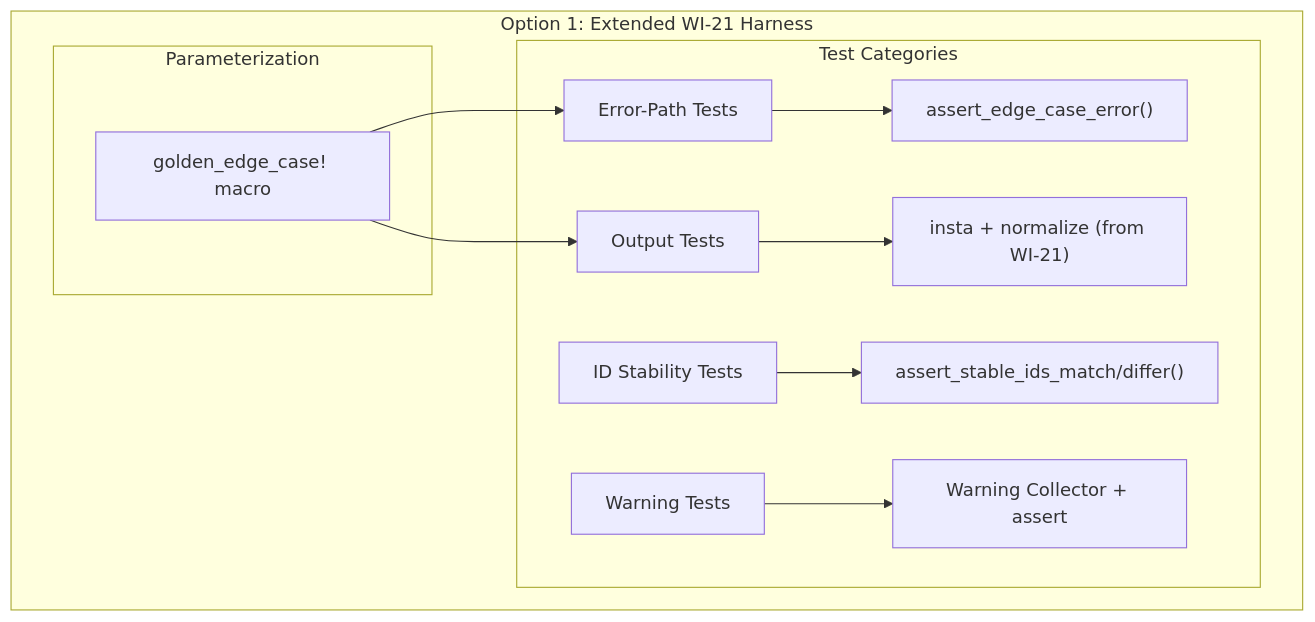
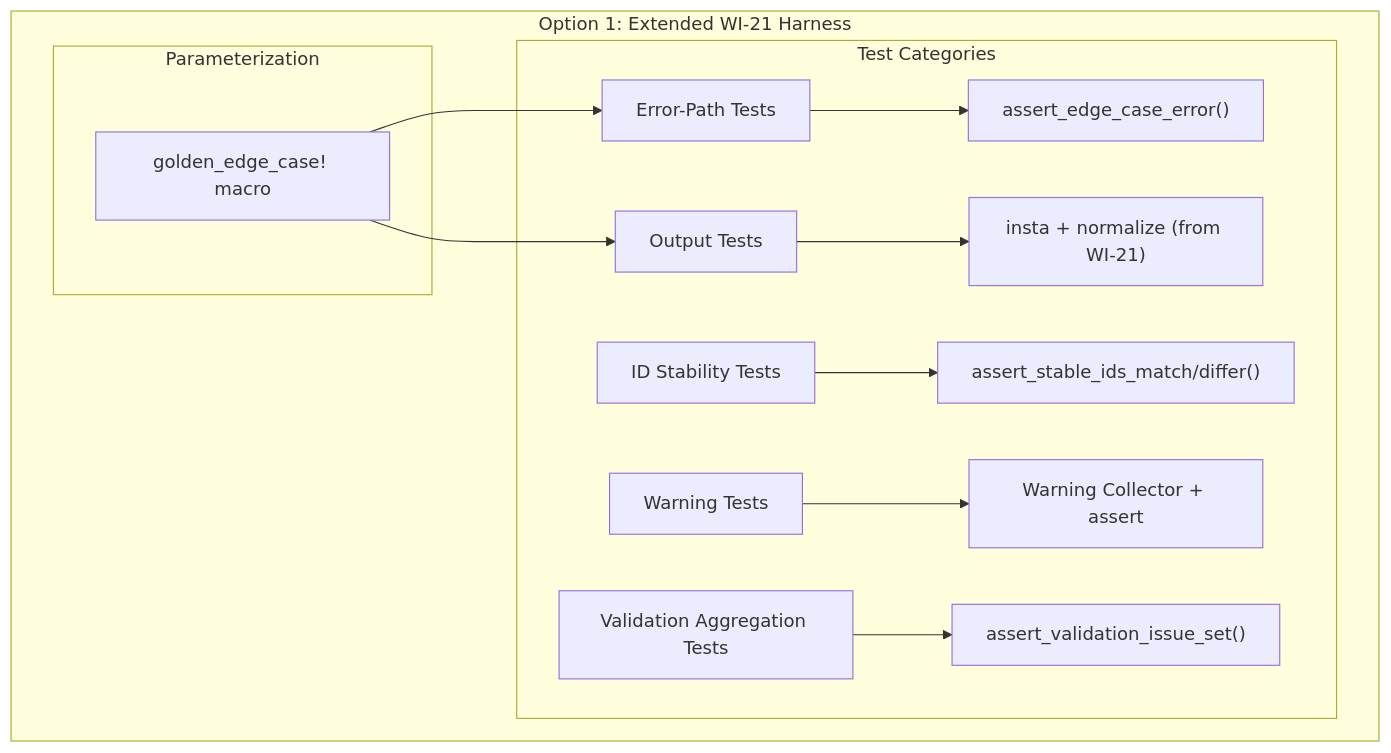
The second of 6 diagrams in docs/AR/022-ar-golden-file-edge-cases.md (policy-forge/forge), drawn with Mermaid before and after one commit. The commit also changed other lines of this file and 50 other files, not shown here.

````diff
--- a/docs/AR/022-ar-golden-file-edge-cases.md
+++ b/docs/AR/022-ar-golden-file-edge-cases.md
@@ -148,15 +150,16 @@
 ```mermaid
 graph TD
     subgraph "Option 1: Extended WI-21 Harness"
         subgraph "Test Categories"
             ERR[Error-Path Tests] --> AEE["assert_edge_case_error()"]
             OUT[Output Tests] --> INSTA["insta + normalize (from WI-21)"]
             IDS[ID Stability Tests] --> AID["assert_stable_ids_match/differ()"]
             WRN[Warning Tests] --> AWN["Warning Collector + assert"]
+            VAL[Validation Aggregation Tests] --> AVA["assert_validation_issue_set()"]
         end
         subgraph "Parameterization"
             MAC["golden_edge_case! macro"] --> ERR
             MAC --> OUT
         end
     end
 ```
````
